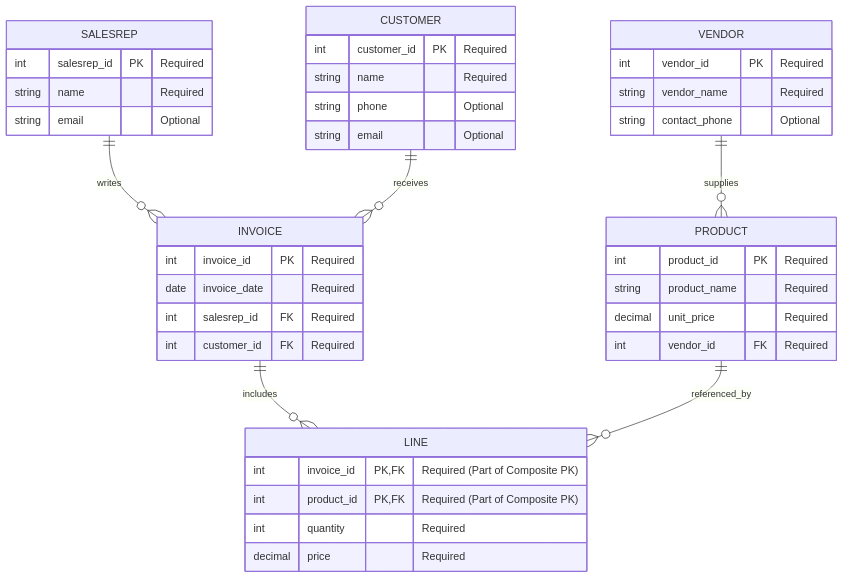
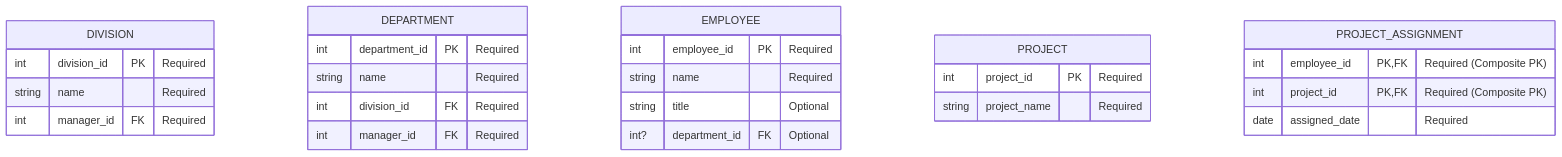
One commit to mszeihen/DatabaseProject-5725 changed the diagram in ERD_mid_diagram.qmd. Above: the diagram before and after it, drawn with Mermaid.

````diff
--- a/ERD_mid_diagram.qmd
+++ b/ERD_mid_diagram.qmd
@@ -14,48 +14,33 @@
 ```{mermaid}
 erDiagram
-    SALESREP ||--o{ INVOICE : writes
-    CUSTOMER ||--o{ INVOICE : receives
-    INVOICE ||--o{ LINE : includes
-    PRODUCT ||--o{ LINE : referenced_by
-    VENDOR ||--o{ PRODUCT : supplies
-
-    SALESREP {
-        int salesrep_id PK "Required"
+    DIVISION {
+        int division_id PK "Required"
         string name "Required"
-        string email "Optional"
+        int manager_id FK "Required"
     }
 
-    CUSTOMER {
-        int customer_id PK "Required"
+    DEPARTMENT {
+        int department_id PK "Required"
         string name "Required"
-        string phone "Optional"
-        string email "Optional"
+        int division_id FK "Required"
+        int manager_id FK "Required"
     }
 
-    INVOICE {
-        int invoice_id PK "Required"
-        date invoice_date "Required"
-        int salesrep_id FK "Required"
-        int customer_id FK "Required"
+    EMPLOYEE {
+        int employee_id PK "Required"
+        string name "Required"
+        string title "Optional"
+        int? department_id FK "Optional"
     }
 
-    LINE {
-        int invoice_id PK, FK "Required (Part of Composite PK)"
-        int product_id PK, FK "Required (Part of Composite PK)"
-        int quantity "Required"
-        decimal price "Required"
+    PROJECT {
+        int project_id PK "Required"
+        string project_name "Required"
     }
 
-    PRODUCT {
-        int product_id PK "Required"
-        string product_name "Required"
-        decimal unit_price "Required"
-        int vendor_id FK "Required"
-    }
-
-    VENDOR {
-        int vendor_id PK "Required"
-        string vendor_name "Required"
-        string contact_phone "Optional"
+    PROJECT_ASSIGNMENT {
+        int employee_id PK, FK "Required (Composite PK)"
+        int project_id PK, FK "Required (Composite PK)"
+        date assigned_date "Required"
     }
 ```
````
